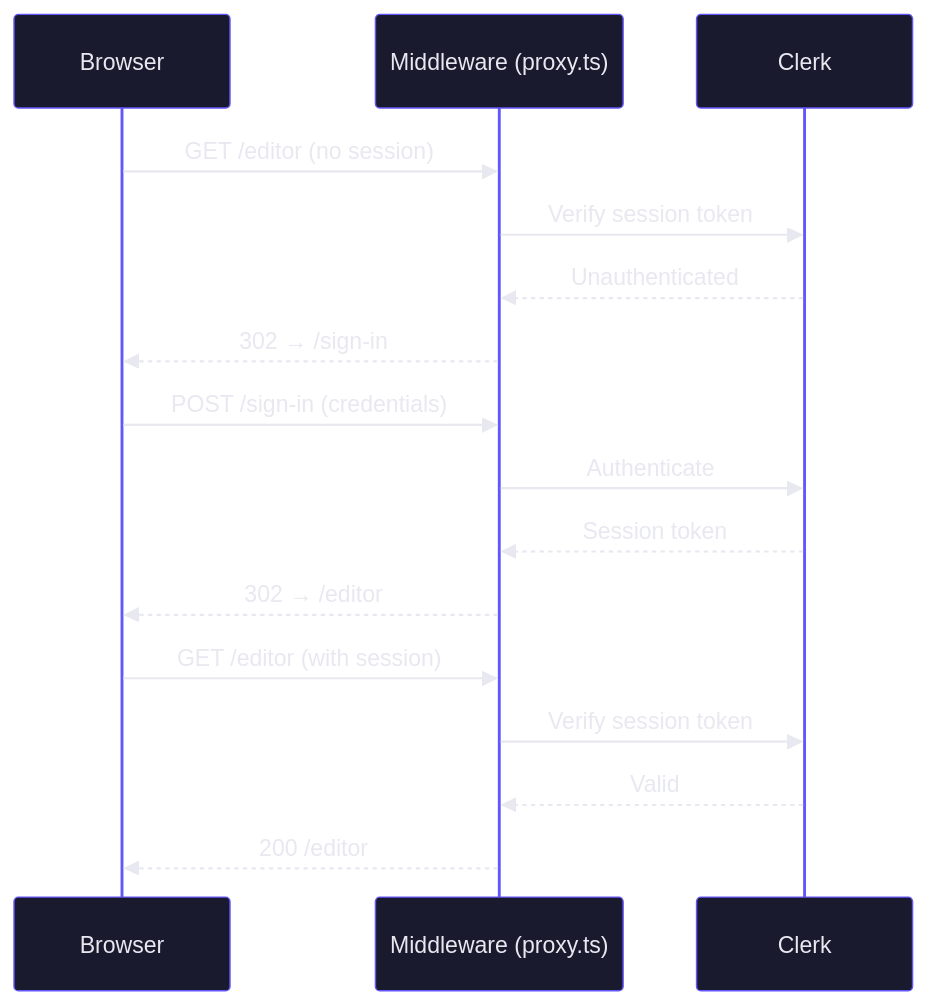
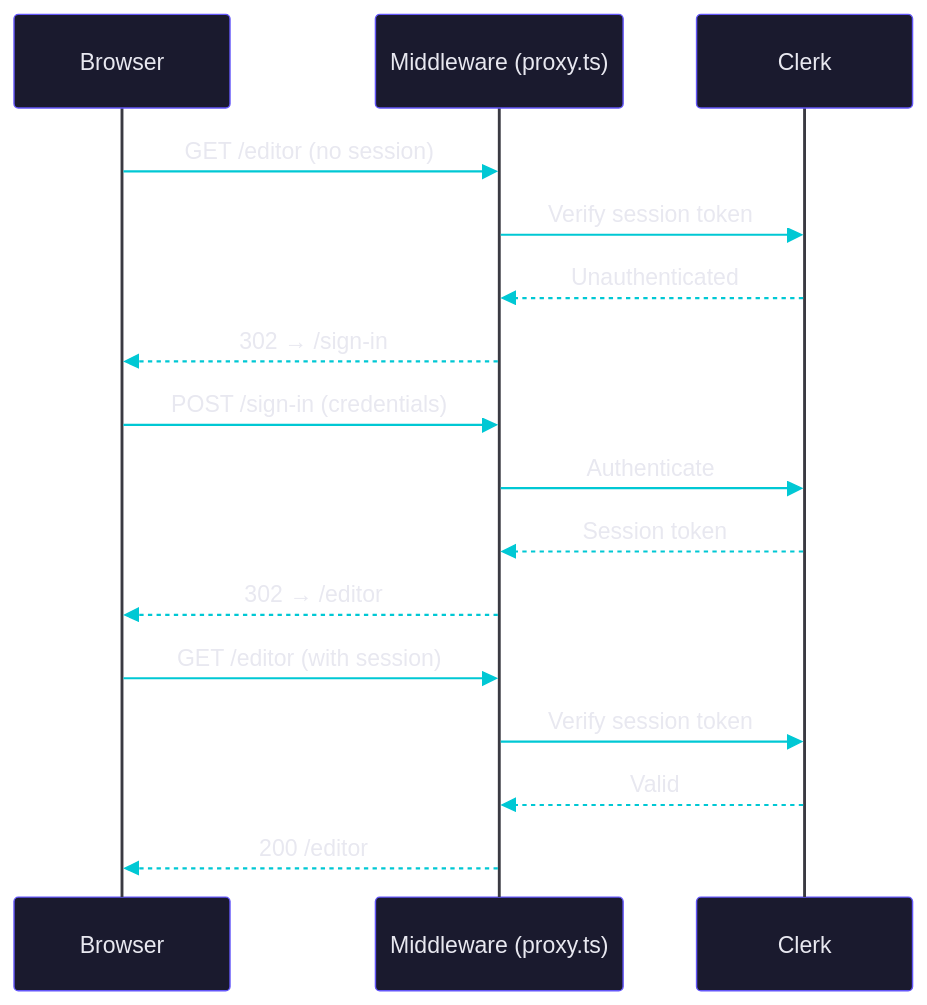
One commit to areddin409/ghost_ai changed the diagram in context/feature-specs/03-auth.md. Above: the diagram before and after it, drawn with Mermaid. The commit also changed other lines of this file and 2 other files, not shown here.

Commit message:
fix(vault): improve Mermaid diagram contrast — white text on all dark nodes

````diff
--- a/context/feature-specs/03-auth.md
+++ b/context/feature-specs/03-auth.md
@@ -28,30 +28,41 @@
 ```mermaid
 %%{init: {'theme': 'base', 'themeVariables': {
   'background': '#0d0d12',
   'primaryColor': '#1a1a2e',
   'primaryBorderColor': '#6457f9',
   'primaryTextColor': '#e8e8f0',
   'lineColor': '#3a3a42',
   'secondaryColor': '#1a1a2e',
-  'tertiaryColor': '#0d0d12'
+  'tertiaryColor': '#0d0d12',
+  'actorBkg': '#1a1a2e',
+  'actorBorder': '#6457f9',
+  'actorTextColor': '#e8e8f0',
+  'actorLineColor': '#3a3a42',
+  'signalColor': '#00c8d4',
+  'signalTextColor': '#e8e8f0',
+  'labelBoxBkgColor': '#1a1a2e',
+  'labelBoxBorderColor': '#3a3a42',
+  'labelTextColor': '#e8e8f0',
+  'noteBkgColor': '#1a1a2e',
+  'noteTextColor': '#e8e8f0'
 }}}%%
 sequenceDiagram
     participant B as Browser
     participant M as Middleware (proxy.ts)
     participant C as Clerk
 
     B->>M: GET /editor (no session)
     M->>C: Verify session token
     C-->>M: Unauthenticated
     M-->>B: 302 → /sign-in
 
     B->>M: POST /sign-in (credentials)
     M->>C: Authenticate
     C-->>M: Session token
     M-->>B: 302 → /editor
 
     B->>M: GET /editor (with session)
     M->>C: Verify session token
     C-->>M: Valid
     M-->>B: 200 /editor
 ```
````
